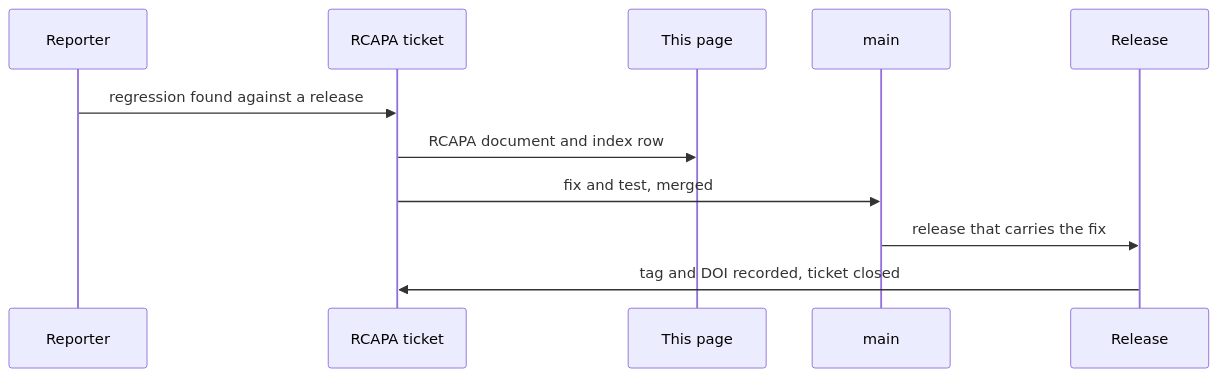
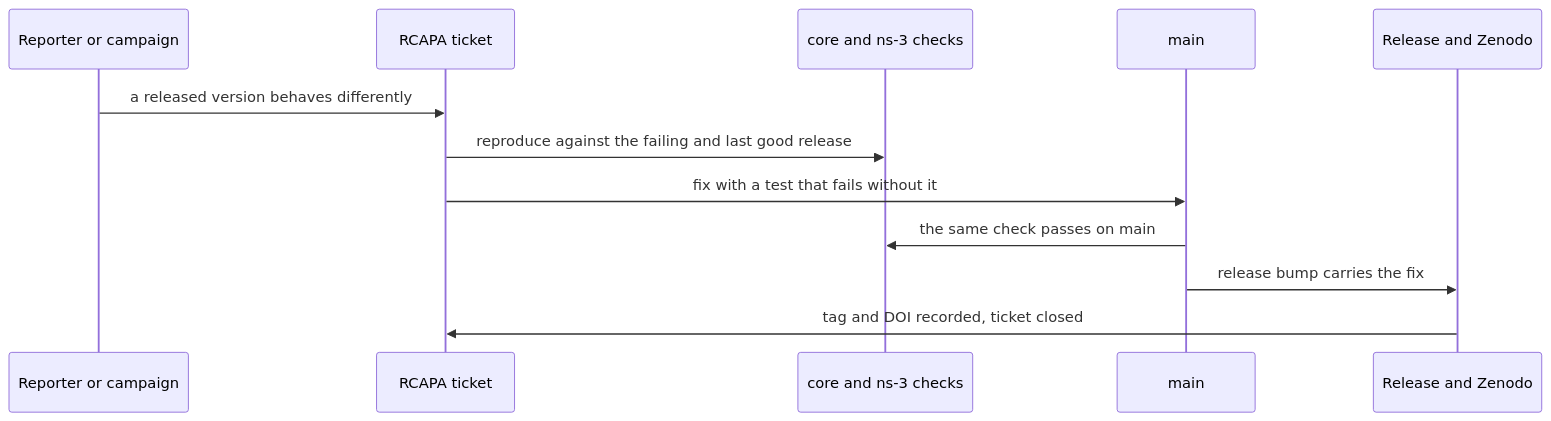
One commit to swarm-routing/HOPNET changed the diagram in docs/rcapa/README.md. Above: the diagram before and after it, drawn with Mermaid. The commit also changed other lines of this file, not shown here.

First line of the commit message:
docs(rcapa): this project's rcapa flow (#163)

````diff
--- a/docs/rcapa/README.md
+++ b/docs/rcapa/README.md
@@ -29,13 +35,14 @@
 ```mermaid
 sequenceDiagram
-    participant U as Reporter
+    participant U as Reporter or campaign
     participant T as RCAPA ticket
-    participant D as This page
+    participant G as core and ns-3 checks
     participant M as main
-    participant R as Release
-    U->>T: regression found against a release
-    T->>D: RCAPA document and index row
-    T->>M: fix and test, merged
-    M->>R: release that carries the fix
+    participant R as Release and Zenodo
+    U->>T: a released version behaves differently
+    T->>G: reproduce against the failing and last good release
+    T->>M: fix with a test that fails without it
+    M->>G: the same check passes on main
+    M->>R: release bump carries the fix
     R->>T: tag and DOI recorded, ticket closed
 ```
````
